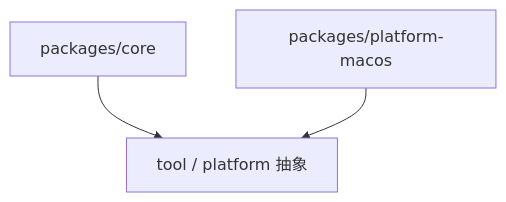
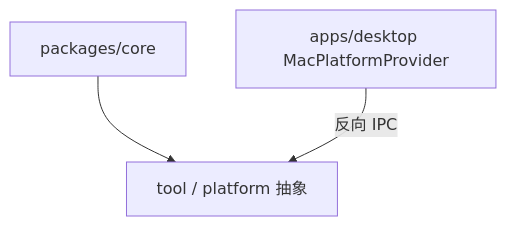
The diagram in packages/packages.md (Lixuhang987/SpotAgent), drawn with Mermaid before and after one commit. The commit also changed other lines of this file and 14 other files, not shown here.

First line of the commit message:
feat(platform): 删除 platform-macos 包，screen.capture 切到 ScreenCaptureKit

````diff
--- a/packages/packages.md
+++ b/packages/packages.md
@@ -14,5 +13,5 @@
 ```mermaid
 flowchart TD
   A[packages/core] --> B[tool / platform 抽象]
-  C[packages/platform-macos] --> B
+  C[apps/desktop MacPlatformProvider] -->|反向 IPC| B
 ```
````
